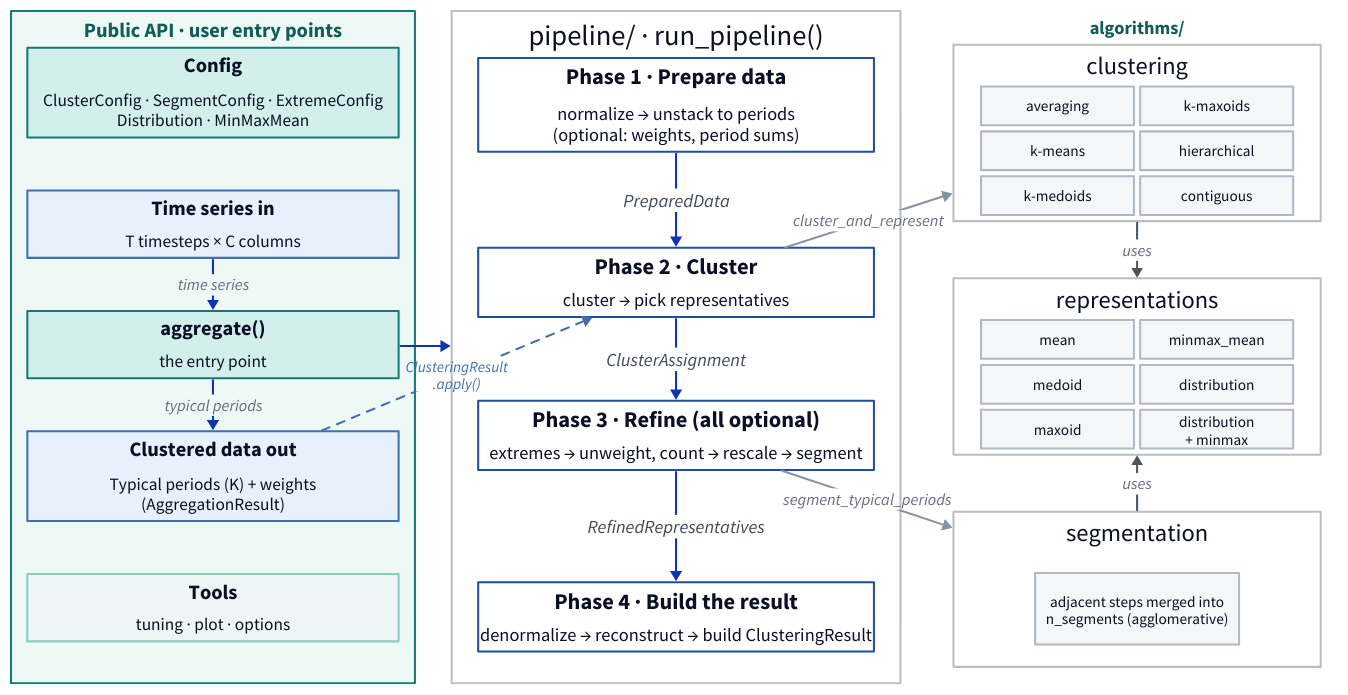
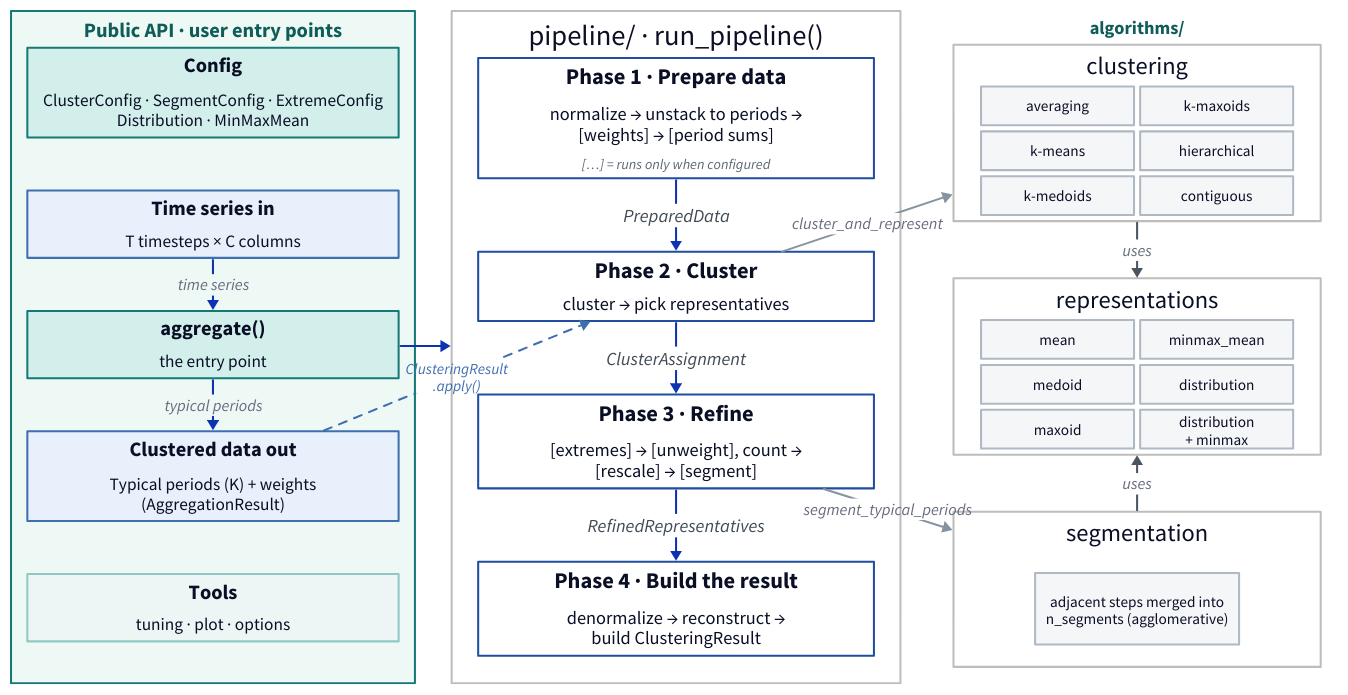
The diagram in docs/assets/architecture/pipeline_diagram.d2 (FZJ-IEK3-VSA/tsam), drawn with D2 before and after one commit. The commit also changed 2 other files, not shown here.

Commit message:
State optional steps more precicely and uniformly in the diagram

```diff
--- a/docs/assets/architecture/pipeline_diagram.d2
+++ b/docs/assets/architecture/pipeline_diagram.d2
@@ -1,197 +1,198 @@
 # Pipeline architecture diagram — user data flow (time series in -> aggregate()
 # -> clustered data out), the four-phase run_pipeline(), and the clustering /
 # representation / segmentation options. Compact and A4-printable. Regenerate:
 #   d2 pipeline_diagram.d2 pipeline_diagram.svg
 
 direction: down
 
 vars: {
   d2-config: { pad: 6 }
 }
 
 classes: {
   side: { style: { fill: transparent; stroke: "#bdbdbd" } }
   pad: { style: { fill: transparent; stroke: transparent } }
   # green wrapper around the whole public API column (the user's entry points)
   api_group: { style: { fill: "#eef9f6"; stroke: "#157a75"; stroke-width: 2; bold: true; font-size: 20; font-color: "#0f5c58" } }
   # first-class public API (aggregate + config + results): prominent teal
   public: { style: { fill: "#d3efec"; stroke: "#157a75"; stroke-width: 2; bold: false; font-size: 18 } }
   # secondary public tools: lighter teal
   tool: { style: { fill: "#eef6f5"; stroke: "#8fc9c3"; bold: false; font-size: 16 } }
   # user data (time series in / clustered data out) — blue, distinct from the API
   data: { style: { fill: "#e7f0fb"; stroke: "#3f6fb0"; stroke-width: 2 } }
   # public-box title (bold) + body (normal) sub-nodes — same split as the phases
   # (d2 can't bold only part of a single label without markdown, which drops the
   # fill/border); fixed width keeps every box equal width and the text centred.
   pub_title: { width: 360; height: 30; style: { fill: transparent; stroke: transparent; bold: true; font-size: 20 } }
   pub_body: { width: 360; height: 30; style: { fill: transparent; stroke: transparent; bold: false; font-size: 17 } }
   # phase container holds a bold title sub-node + a normal-weight body sub-node
   # (d2 cannot bold only part of a single label without markdown, which drops
   # the box border — so the two weights are two borderless sub-nodes).
   phase: { style: { fill: "#ffffff"; stroke: "#1f4ea1"; stroke-width: 2 } }
   # fixed widths so every phase box is the same width and the centered text
   # lands on the box centre (d2 left-aligns content when it stretches a narrower
   # sibling to match the widest one).
   phase_title: { width: 384; height: 32; style: { fill: transparent; stroke: transparent; bold: true; font-size: 22 } }
   phase_body: { width: 384; height: 30; style: { fill: transparent; stroke: transparent; bold: false; font-size: 18 } }
-  # faint caption mapping a phase onto the review's feature-based-merging steps
-  # (Hoffmann et al. 2020, §3.2.2) — see context.md "Methodological positioning".
+  # faint caption row under a phase body — carries the key for the [ … ] marks
+  # that flag the stages which run only when the caller configures them.
   phase_tag: { width: 384; style: { fill: transparent; stroke: transparent; bold: false; italic: true; font-size: 14; font-color: "#5a6675" } }
   # individual option chips — fixed width so all three groups are equal width
   opt: { width: 150; height: 38; style: { fill: "#f4f6f8"; stroke: "#aeb9c4"; bold: false; font-size: 15 } }
   conn: { style: { stroke: "#8693a0" } }
 }
 
 grid-columns: 3
 grid-gap: 36
 vertical-gap: 20
 
 # ── Left: public API (config → aggregate → results) + tools ────────────────
 # grid-gap doubles as the container's inner padding, so it is kept tiny (4) to
 # keep the outer boxes tight; the vertical spacing comes from transparent spacer
 # rows whose heights are tuned to fill the column to the tallest (right) one.
 lcol: "Public API · user entry points" {
   class: api_group
   grid-columns: 1
   grid-gap: 16
   cfg: "" {
     class: public
     grid-rows: 2
     grid-gap: 2
     title: "Config" { class: pub_title }
     body: "ClusterConfig · SegmentConfig · ExtremeConfig\nDistribution · MinMaxMean" { class: pub_body; height: 52 }
   }
   gap0: "" { class: pad; width: 10; height: 20 }
   ts: "" {
     class: data
     grid-rows: 2
     grid-gap: 2
     title: "Time series in" { class: pub_title }
     body: "T timesteps × C columns" { class: pub_body }
   }
   gapA: "" { class: pad; width: 10; height: 20 }
   api: "" {
     class: public
     grid-rows: 2
     grid-gap: 2
     title: "aggregate()" { class: pub_title }
     body: "the entry point" { class: pub_body }
   }
   gapB: "" { class: pad; width: 10; height: 20 }
   res: "" {
     class: data
     grid-rows: 2
     grid-gap: 2
     title: "Clustered data out" { class: pub_title }
     body: "Typical periods (K) + weights\n(AggregationResult)" { class: pub_body; height: 52 }
   }
   gapC: "" { class: pad; width: 10; height: 20 }
   tools: "" {
     class: tool
     grid-rows: 2
     grid-gap: 2
     title: "Tools" { class: pub_title }
     body: "tuning · plot · options" { class: pub_body }
   }
   ts -> api: "time series"
   api -> res: "typical periods"
 }
 
 # ── Center: the four phases (bold title + stage names) ─────────────────────
 pipeline: "pipeline/ · run_pipeline()" {
   class: side
   grid-columns: 1
   grid-gap: 26
 
   p1: "" {
     class: phase
     grid-rows: 3
     grid-gap: 2
     title: "Phase 1 · Prepare data" { class: phase_title }
-    body: "normalize → unstack to periods\n(optional: weights, period sums)" { class: phase_body; height: 54 }
+    body: "normalize → unstack to periods →\n[weights] → [period sums]" { class: phase_body; height: 54 }
+    tag: "[…] = runs only when configured" { class: phase_tag; height: 24 }
   }
-  gap1: "" { class: pad; width: 10; height: 42 }
+  gap1: "" { class: pad; width: 10; height: 20 }
   p2: "" {
     class: phase
     grid-rows: 3
     grid-gap: 2
     title: "Phase 2 · Cluster" { class: phase_title }
     body: "cluster → pick representatives" { class: phase_body }
   }
-  gap2: "" { class: pad; width: 10; height: 30 }
+  gap2: "" { class: pad; width: 10; height: 20 }
   p3: "" {
     class: phase
     grid-rows: 2
     grid-gap: 2
-    title: "Phase 3 · Refine (all optional)" { class: phase_title }
-    body: "extremes → unweight, count → rescale → segment" { class: phase_body }
+    title: "Phase 3 · Refine" { class: phase_title }
+    body: "[extremes] → [unweight], count →\n[rescale] → [segment]" { class: phase_body; height: 54 }
   }
-  gap3: "" { class: pad; width: 10; height: 58 }
+  gap3: "" { class: pad; width: 10; height: 20 }
   p4: "" {
     class: phase
     grid-rows: 2
     grid-gap: 2
     title: "Phase 4 · Build the result" { class: phase_title }
-    body: "denormalize → reconstruct → build ClusteringResult" { class: phase_body }
+    body: "denormalize → reconstruct →\nbuild ClusteringResult" { class: phase_body; height: 54 }
   }
 
   p1 -> p2: "PreparedData" { style.font-size: 18; style.font-color: "#3f4a55" }
   p2 -> p3: "ClusterAssignment" { style.font-size: 18; style.font-color: "#3f4a55" }
   p3 -> p4: "RefinedRepresentatives" { style.font-size: 18; style.font-color: "#3f4a55" }
 }
 
 # ── Right: algorithms/ — config-agnostic kernels the stages dispatch to ────
 rcol: "algorithms/" {
   class: pad
   style.font-size: 18
   style.font-color: "#0f5c58"
   style.bold: true
   grid-columns: 1
   grid-gap: 16
 
   clu_back: "clustering" {
     class: side
     width: 360
     grid-columns: 2
     grid-gap: 6
     m1: "averaging" { class: opt }
     m2: "k-means" { class: opt }
     m3: "k-medoids" { class: opt }
     m4: "k-maxoids" { class: opt }
     m5: "hierarchical" { class: opt }
     m6: "contiguous" { class: opt }
   }
 
   gapR1: "" { class: pad; width: 10; height: 24 }
   reps: "representations" {
     class: side
     width: 360
     grid-columns: 2
     grid-gap: 6
     r1: "mean" { class: opt }
     r2: "medoid" { class: opt }
     r3: "maxoid" { class: opt }
     r4: "minmax_mean" { class: opt }
     r5: "distribution" { class: opt }
     r6: "distribution\n+ minmax" { class: opt }
   }
 
   gapR2: "" { class: pad; width: 10; height: 24 }
   seg_back: "segmentation" {
     class: side
     width: 360
     height: 152
     grid-columns: 1
     s1: "adjacent steps merged into\nn_segments (agglomerative)" { class: opt; height: 70; width: 200 }
   }
 }
 
 # ── Edges ─────────────────────────────────────────────────────────────────
 lcol.api -> pipeline
 pipeline.p2 -> rcol.clu_back: "cluster_and_represent" { class: conn }
 pipeline.p3 -> rcol.seg_back: "segment_typical_periods" { class: conn }
 rcol.clu_back -> rcol.reps: "uses" { style: { stroke: "#4a5560"; stroke-width: 2 } }
 rcol.seg_back -> rcol.reps: "uses" { style: { stroke: "#4a5560"; stroke-width: 2 } }
 
 # transfer path: reuse a fitted clustering on new data (skips the clustering step)
 lcol.res -> pipeline.p2: "ClusteringResult\n.apply()" { style: { stroke-dash: 4; stroke: "#3f6fb0"; font-size: 15; font-color: "#3f6fb0" } }
```
